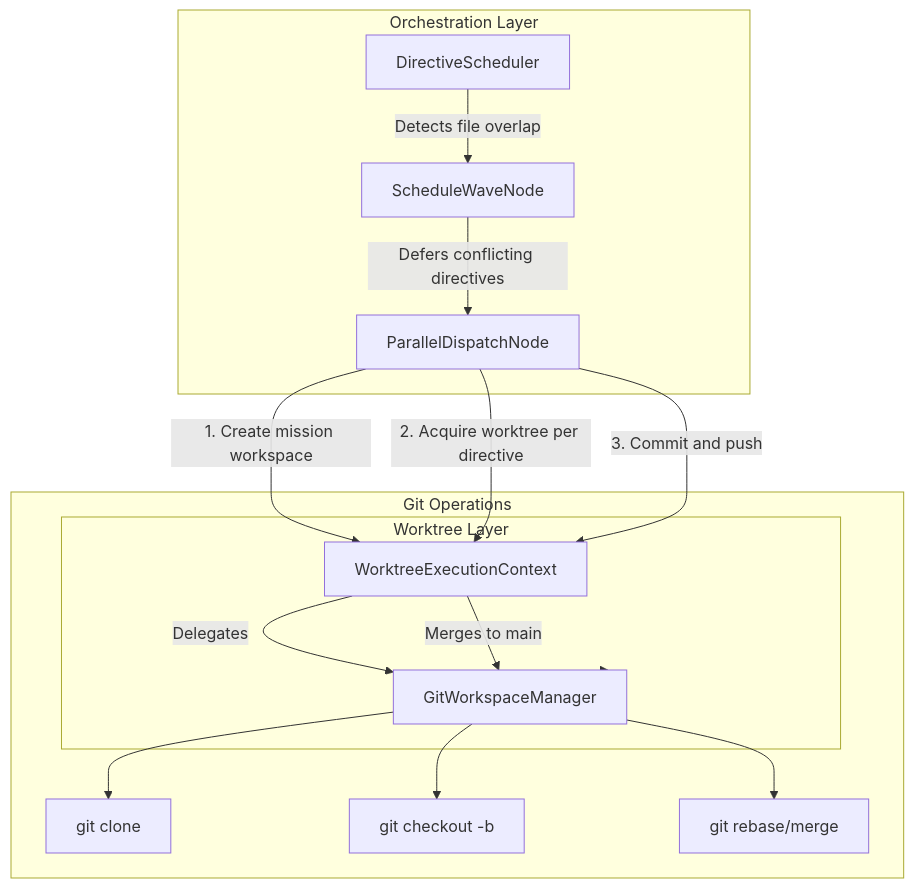
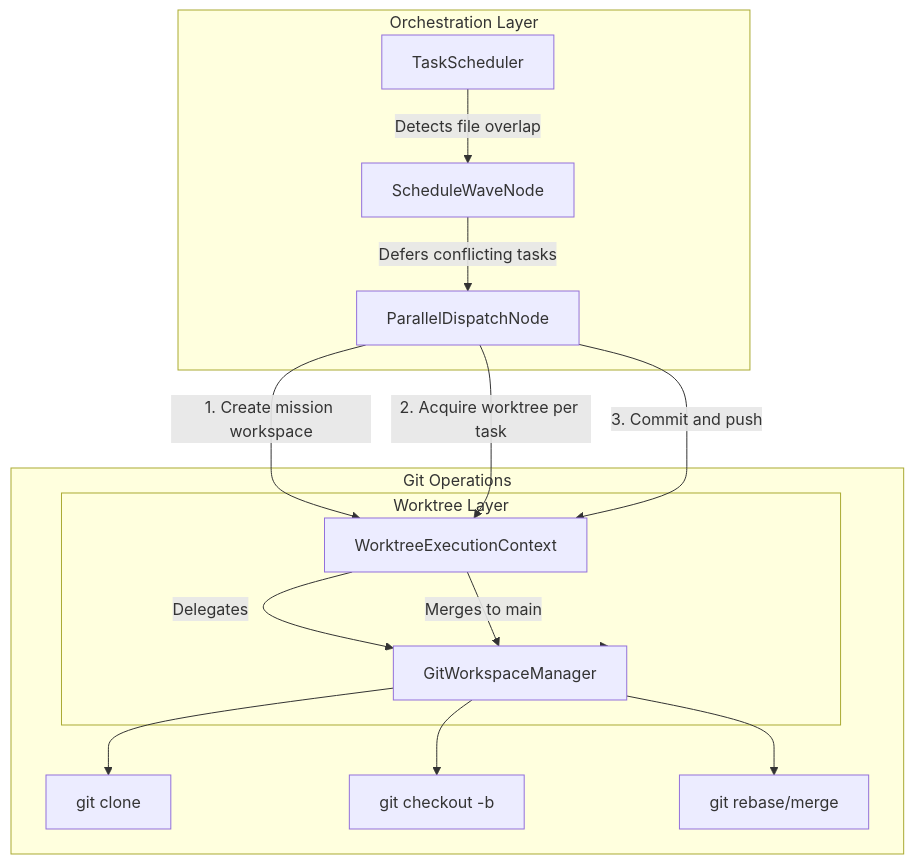
One commit to dbbaskette/Worldmind changed the first of 2 diagrams in docs/architecture/git-worktrees.md. Above: the diagram before and after it, drawn with Mermaid. The commit also changed other lines of this file and 211 other files, not shown here.

````diff
--- a/docs/architecture/git-worktrees.md
+++ b/docs/architecture/git-worktrees.md
@@ -44,32 +44,32 @@
 ```mermaid
 flowchart TB
     subgraph Core["Orchestration Layer"]
         PDN[ParallelDispatchNode]
         SWN[ScheduleWaveNode]
-        DS[DirectiveScheduler]
+        DS[TaskScheduler]
     end
 
     subgraph Worktree["Worktree Layer"]
         WEC[WorktreeExecutionContext]
         GWM[GitWorkspaceManager]
     end
 
     subgraph Git["Git Operations"]
         Clone[git clone]
         Worktree[git worktree add]
         Branch[git checkout -b]
         Merge[git rebase/merge]
     end
 
     PDN -->|1. Create mission workspace| WEC
-    PDN -->|2. Acquire worktree per directive| WEC
+    PDN -->|2. Acquire worktree per task| WEC
     WEC -->|Delegates| GWM
     GWM --> Clone & Worktree & Branch
     
     DS -->|Detects file overlap| SWN
-    SWN -->|Defers conflicting directives| PDN
+    SWN -->|Defers conflicting tasks| PDN
     
     PDN -->|3. Commit and push| WEC
     WEC -->|Merges to main| GWM
     GWM --> Merge
 ```
````
